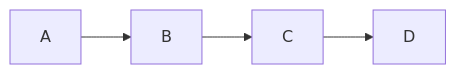
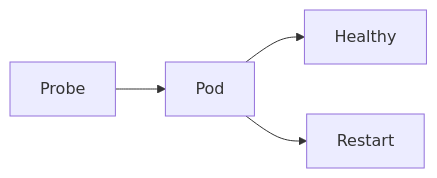
One commit to dbajajmnk/systemdesign changed the eighth of 10 diagrams in systemdesign/8. Reliability and Fault Tolerance/How.md. Above: the diagram before and after it, drawn with Mermaid. The commit also changed other lines of this file and 4 other files, not shown here.

````diff
--- a/systemdesign/8. Reliability and Fault Tolerance/How.md
+++ b/systemdesign/8. Reliability and Fault Tolerance/How.md
@@ -182,4 +307,9 @@
 ```mermaid
 flowchart LR
-    A --> B --> C --> D
+
+Probe --> Pod
+
+Pod --> Healthy
+
+Pod --> Restart
 ```
````
